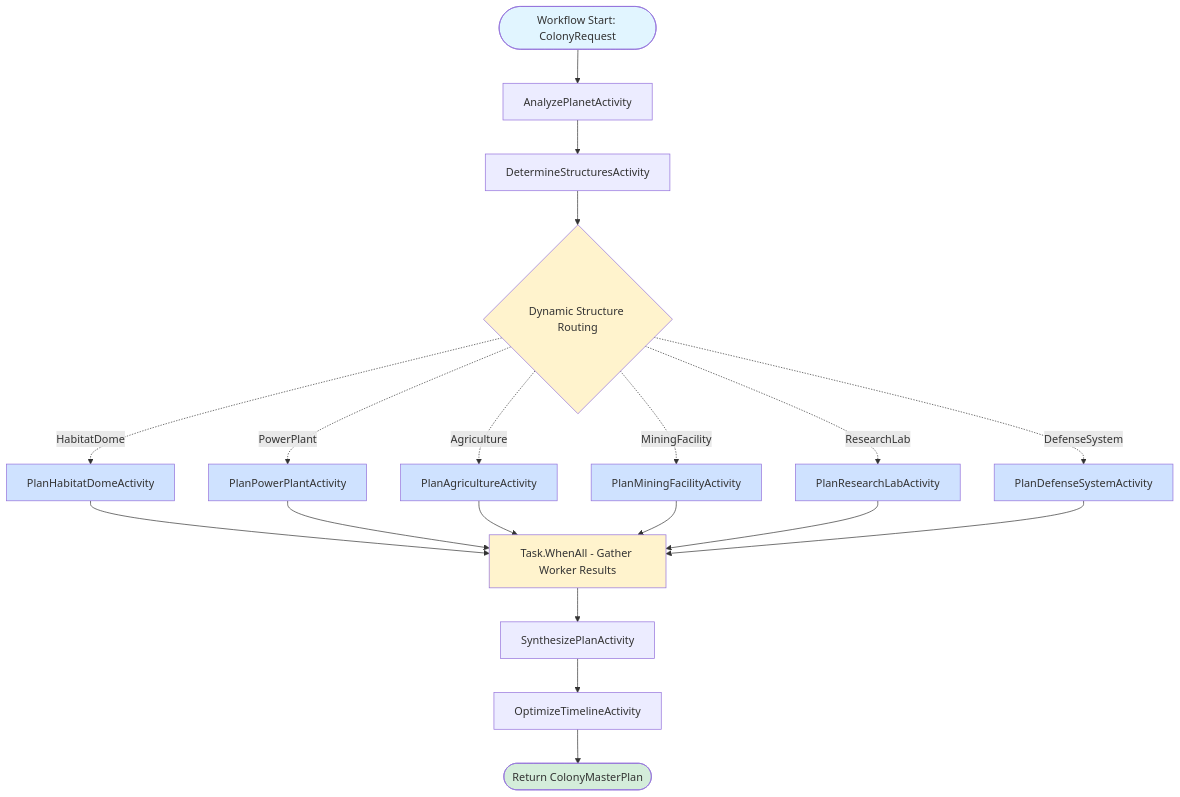
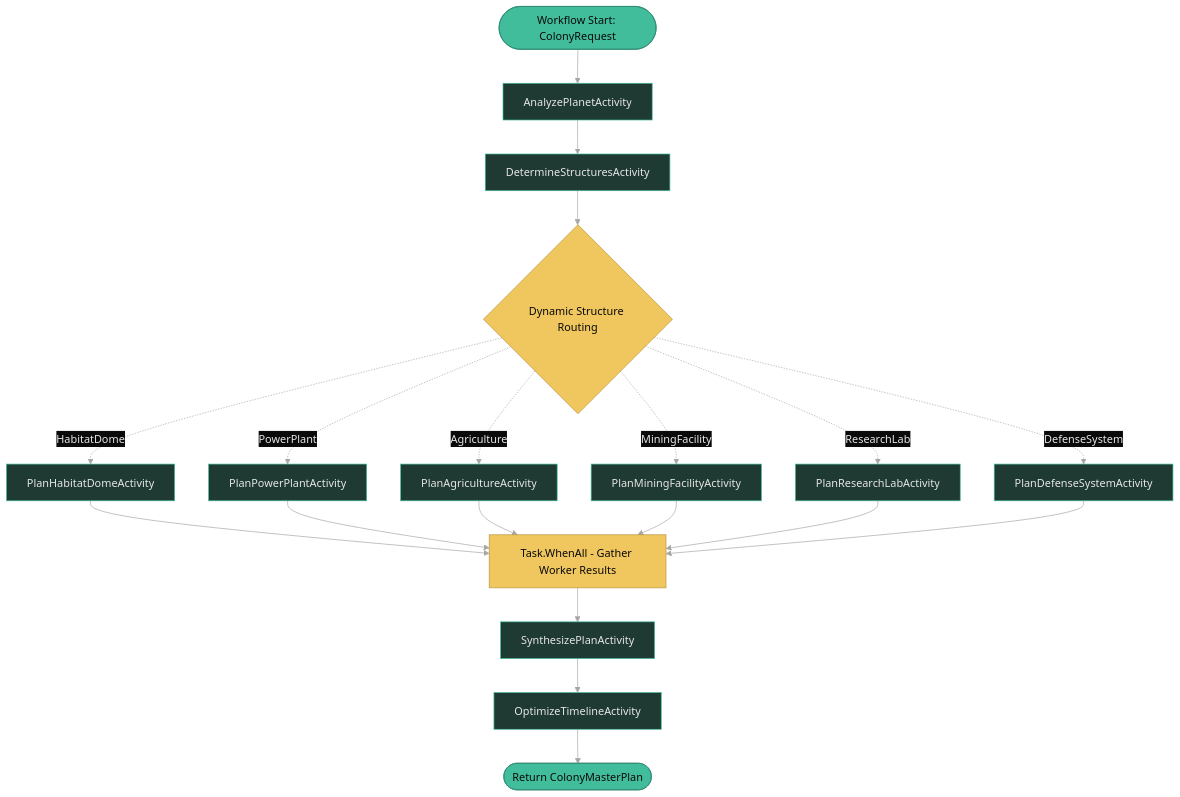
One commit to diagrid-labs/dapr-reliable-agentic-systems changed the diagram in .demo/slides/10-orchestrator-workers/10-05-demo-diagram.md. Above: the diagram before and after it, drawn with Mermaid. The commit also changed 55 other files, not shown here.

````diff
--- a/.demo/slides/10-orchestrator-workers/10-05-demo-diagram.md
+++ b/.demo/slides/10-orchestrator-workers/10-05-demo-diagram.md
@@ -3,32 +3,33 @@
 ```mermaid
+%%{init: {"theme":"base","themeVariables":{"background":"#0a0a0a","primaryColor":"#1f3a32","primaryTextColor":"#e6e6e6","primaryBorderColor":"#41BD9B","lineColor":"#A6A6A6","secondaryColor":"#111315","tertiaryColor":"#111315","clusterBkg":"#111315","clusterBorder":"#41BD9B","titleColor":"#F0C75E","edgeLabelBackground":"#0a0a0a","noteBkgColor":"#111315","noteTextColor":"#e6e6e6","noteBorderColor":"#41BD9B","actorBkg":"#1f3a32","actorBorder":"#41BD9B","actorTextColor":"#e6e6e6","actorLineColor":"#A6A6A6","signalColor":"#A6A6A6","signalTextColor":"#e6e6e6","labelBoxBkgColor":"#0a0a0a","labelBoxBorderColor":"#41BD9B","labelTextColor":"#e6e6e6","loopTextColor":"#e6e6e6","altSectionBkgColor":"#111315","sectionBkgColor":"#111315","fontFamily":"Geist,sans-serif"}}}%%
 graph TD
     Start([Workflow Start: ColonyRequest]) --> A1[AnalyzePlanetActivity]
     A1 --> A2[DetermineStructuresActivity]
     A2 --> Router{Dynamic Structure Routing}
     Router -.->|HabitatDome| W1[PlanHabitatDomeActivity]
     Router -.->|PowerPlant| W2[PlanPowerPlantActivity]
     Router -.->|Agriculture| W3[PlanAgricultureActivity]
     Router -.->|MiningFacility| W4[PlanMiningFacilityActivity]
     Router -.->|ResearchLab| W5[PlanResearchLabActivity]
     Router -.->|DefenseSystem| W6[PlanDefenseSystemActivity]
     W1 --> Gather[Task.WhenAll - Gather Worker Results]
     W2 --> Gather
     W3 --> Gather
     W4 --> Gather
     W5 --> Gather
     W6 --> Gather
     Gather --> A3[SynthesizePlanActivity]
     A3 --> A4[OptimizeTimelineActivity]
     A4 --> End([Return ColonyMasterPlan])
     
-    style Start fill:#e1f5ff
-    style End fill:#d4edda
-    style Router fill:#fff3cd
-    style Gather fill:#fff3cd
-    style W1 fill:#cfe2ff
-    style W2 fill:#cfe2ff
-    style W3 fill:#cfe2ff
-    style W4 fill:#cfe2ff
-    style W5 fill:#cfe2ff
-    style W6 fill:#cfe2ff
+    style Start fill:#41BD9B,stroke:#2d8a70,color:#0a0a0a
+    style End fill:#41BD9B,stroke:#2d8a70,color:#0a0a0a
+    style Router fill:#F0C75E,stroke:#b8943f,color:#0a0a0a
+    style Gather fill:#F0C75E,stroke:#b8943f,color:#0a0a0a
+    style W1 fill:#1f3a32,stroke:#41BD9B,color:#e6e6e6
+    style W2 fill:#1f3a32,stroke:#41BD9B,color:#e6e6e6
+    style W3 fill:#1f3a32,stroke:#41BD9B,color:#e6e6e6
+    style W4 fill:#1f3a32,stroke:#41BD9B,color:#e6e6e6
+    style W5 fill:#1f3a32,stroke:#41BD9B,color:#e6e6e6
+    style W6 fill:#1f3a32,stroke:#41BD9B,color:#e6e6e6
 ```
````
